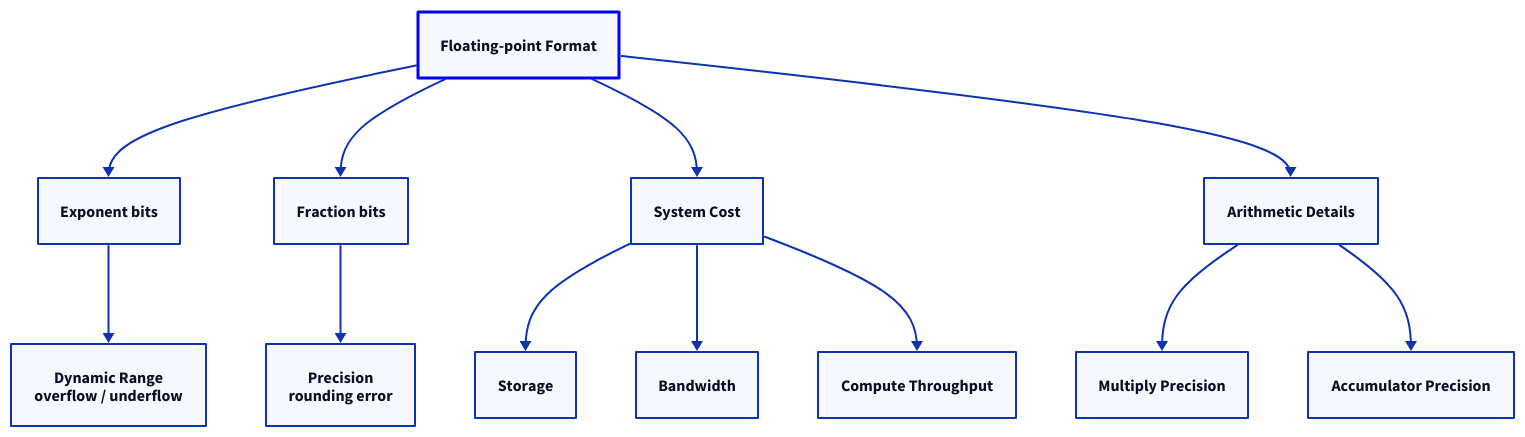
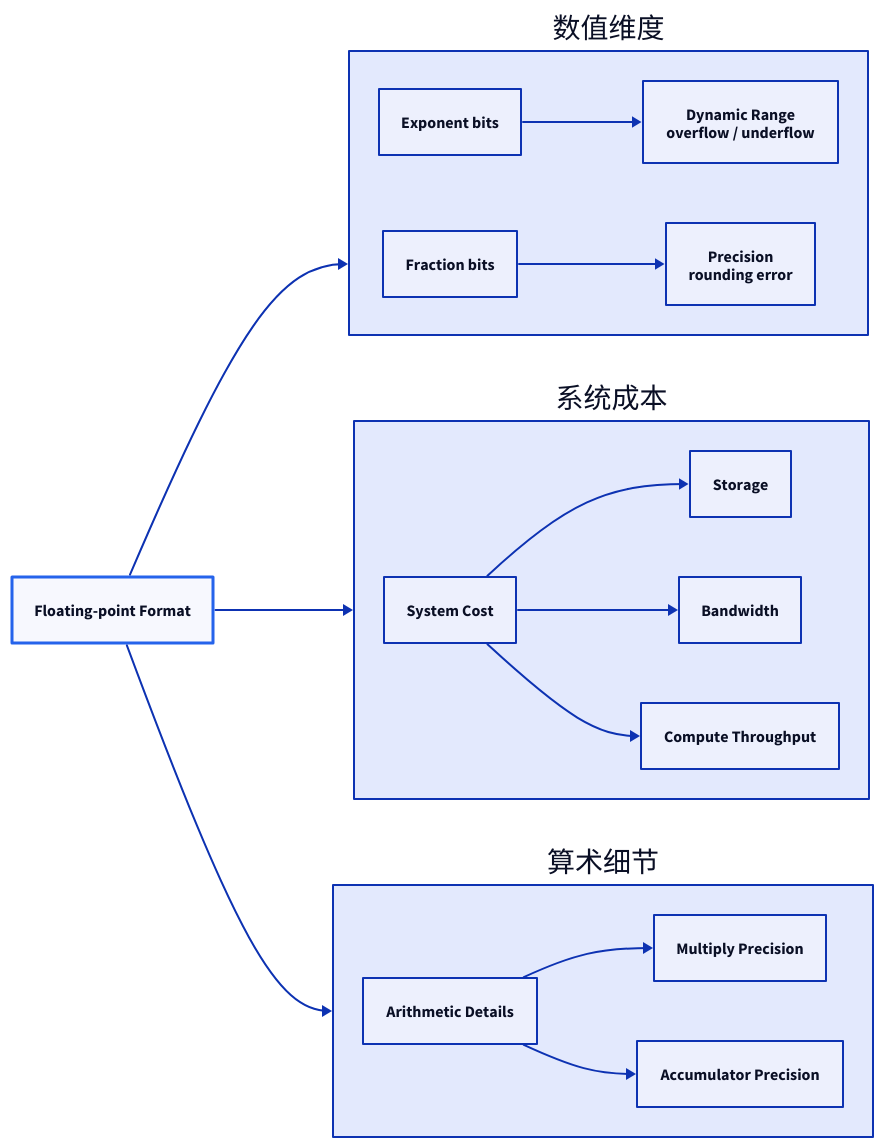
One commit to 111qqz/111qqz.github.io changed the diagram in images/ieee754-to-bf16/dtype-dimensions.d2. Above: the diagram before and after it, drawn with D2. The commit also changed 23 other files, not shown here.

Commit message:
feat(diagrams): 重构 12 张过宽配图为纵向/分阶段布局，修正 D2 作用域并按需使用 TALA 111qqz/hugo-blog@0072b7b41add818594301a5db81fbe83de0efd16

```diff
--- a/images/ieee754-to-bf16/dtype-dimensions.d2
+++ b/images/ieee754-to-bf16/dtype-dimensions.d2
@@ -1,37 +1,41 @@
-direction: down
+direction: right
 
 FMT: "Floating-point Format" {
   style.bold: true
   style.stroke-width: 3
-  style.stroke: blue
+  style.stroke: "#2563eb"
 }
 
-EXP: "Exponent bits"
-FRAC: "Fraction bits"
+numeric: 数值维度 {
+  direction: right
+  EXP: "Exponent bits"
+  FRAC: "Fraction bits"
+  DR: "Dynamic Range\noverflow / underflow"
+  PREC: "Precision\nrounding error"
+  EXP -> DR
+  FRAC -> PREC
+}
 
-DR: "Dynamic Range\noverflow / underflow"
-PREC: "Precision\nrounding error"
+sys: 系统成本 {
+  direction: right
+  SYS: "System Cost"
+  STOR: "Storage"
+  BW2: "Bandwidth"
+  COMP: "Compute Throughput"
+  SYS -> STOR
+  SYS -> BW2
+  SYS -> COMP
+}
 
-SYS: "System Cost"
-STOR: "Storage"
-BW2: "Bandwidth"
-COMP: "Compute Throughput"
+arith: 算术细节 {
+  direction: right
+  ARITH: "Arithmetic Details"
+  MULT: "Multiply Precision"
+  ACC: "Accumulator Precision"
+  ARITH -> MULT
+  ARITH -> ACC
+}
 
-ARITH: "Arithmetic Details"
-MULT: "Multiply Precision"
-ACC: "Accumulator Precision"
-
-FMT -> EXP
-FMT -> FRAC
-
-EXP -> DR
-FRAC -> PREC
-
-FMT -> SYS
-SYS -> STOR
-SYS -> BW2
-SYS -> COMP
-
-FMT -> ARITH
-ARITH -> MULT
-ARITH -> ACC
+FMT -> numeric
+FMT -> sys
+FMT -> arith
```
